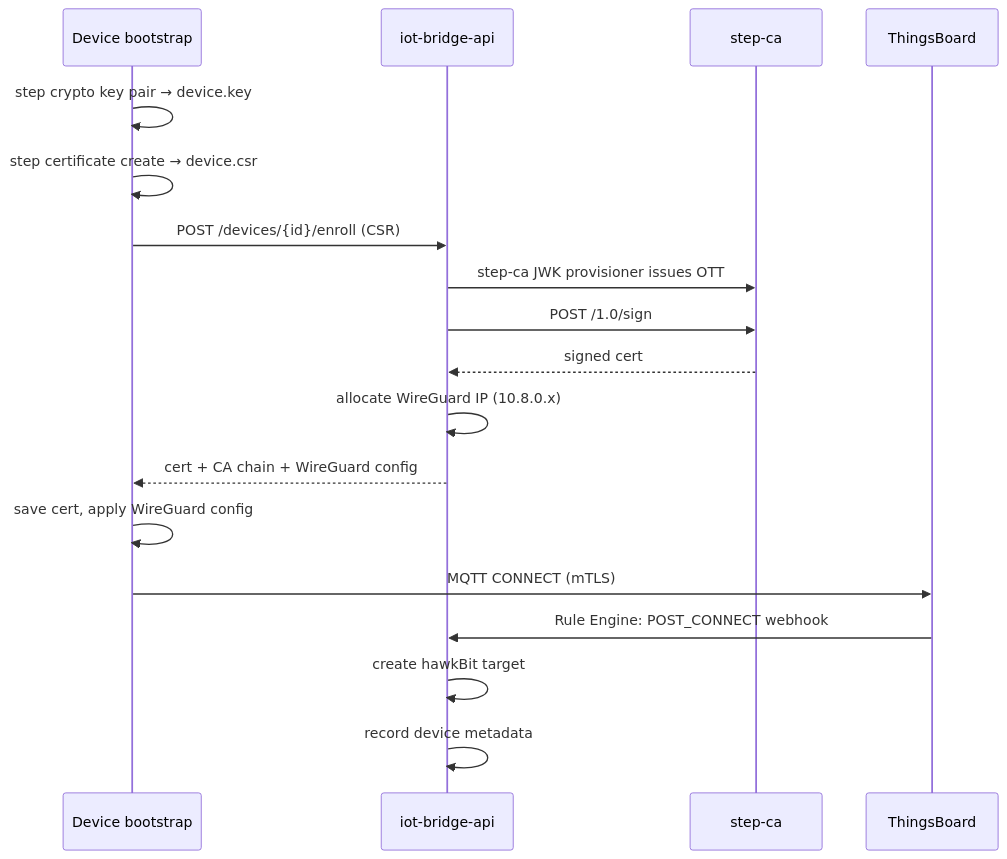
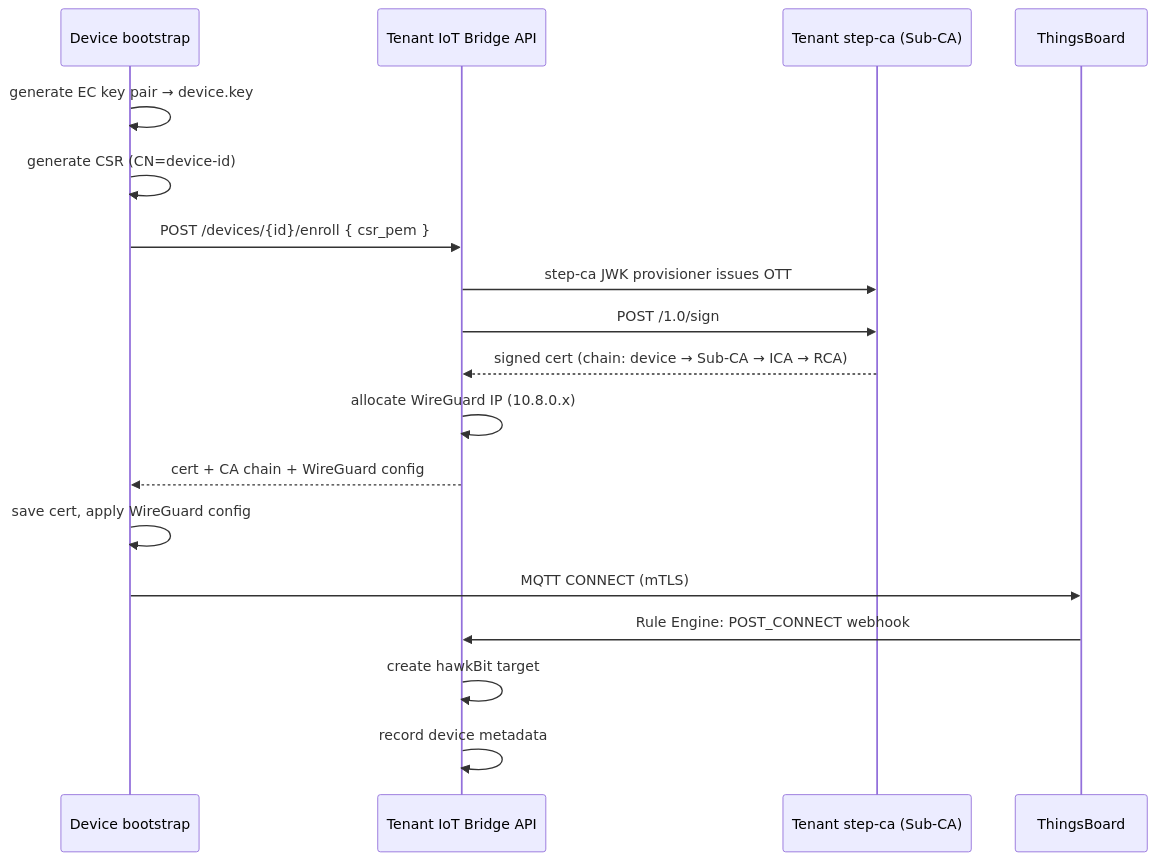
Before and after one commit to the78mole/complete-device-management: the fourth of 5 diagrams in docs/architecture/data-flow.md, drawn with Mermaid. The commit also changed other lines of this file and 49 other files, not shown here.

Commit message:
Complete Architecture Redesign - Phase 1.5 Documentation and Phase 2

````diff
--- a/docs/architecture/data-flow.md
+++ b/docs/architecture/data-flow.md
@@ -89,21 +105,21 @@
 ```mermaid
 sequenceDiagram
     participant D as Device bootstrap
-    participant I as iot-bridge-api
-    participant S as step-ca
+    participant I as Tenant IoT Bridge API
+    participant S as Tenant step-ca (Sub-CA)
     participant T as ThingsBoard
 
-    D->>D: step crypto key pair → device.key
-    D->>D: step certificate create → device.csr
-    D->>I: POST /devices/{id}/enroll (CSR)
+    D->>D: generate EC key pair → device.key
+    D->>D: generate CSR (CN=device-id)
+    D->>I: POST /devices/{id}/enroll { csr_pem }
     I->>S: step-ca JWK provisioner issues OTT
     I->>S: POST /1.0/sign
-    S-->>I: signed cert
+    S-->>I: signed cert (chain: device → Sub-CA → ICA → RCA)
     I->>I: allocate WireGuard IP (10.8.0.x)
     I-->>D: cert + CA chain + WireGuard config
     D->>D: save cert, apply WireGuard config
     D->>T: MQTT CONNECT (mTLS)
     T->>I: Rule Engine: POST_CONNECT webhook
     I->>I: create hawkBit target
     I->>I: record device metadata
 ```
````
